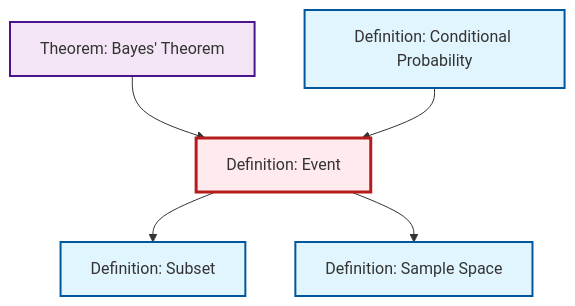
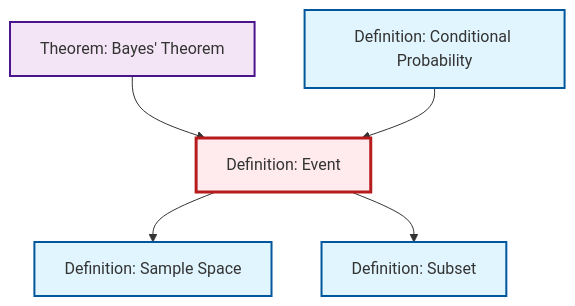
One commit to RK0429/ModernMath changed the diagram in content/en/probability-statistics/def-event.qmd. Above: the diagram before and after it, drawn with Mermaid. The commit also changed other lines of this file and 530 other files, not shown here.

````diff
--- a/content/en/probability-statistics/def-event.qmd
+++ b/content/en/probability-statistics/def-event.qmd
@@ -69,23 +69,23 @@
 ```{mermaid}
 %%| fig-cap: "Local dependency graph"
 graph TD
     classDef definition fill:#e1f5fe,stroke:#01579b,stroke-width:2px
     classDef theorem fill:#f3e5f5,stroke:#4a148c,stroke-width:2px
     classDef axiom fill:#fff3e0,stroke:#e65100,stroke-width:2px
     classDef example fill:#e8f5e9,stroke:#1b5e20,stroke-width:2px
     classDef current fill:#ffebee,stroke:#b71c1c,stroke-width:3px
-    def-event["Definition: Event"]:::definition
+    def-conditional-probability["Definition: Conditional Probability"]:::definition
+    thm-bayes["Theorem: Bayes' Theorem"]:::theorem
     def-sample-space["Definition: Sample Space"]:::definition
     def-subset["Definition: Subset"]:::definition
-    def-conditional-probability["Definition: Conditional Probability"]:::definition
-    thm-bayes["Theorem: Bayes' Theorem"]:::theorem
+    def-event["Definition: Event"]:::definition
     thm-bayes --> def-event
-    def-event --> def-subset
     def-event --> def-sample-space
     def-conditional-probability --> def-event
+    def-event --> def-subset
     class def-event current
+    click def-conditional-probability "def-conditional-probability.html" "Go to Conditional Probability definition"
+    click thm-bayes "thm-bayes.html" "Go to Bayes' Theorem theorem"
     click def-sample-space "def-sample-space.html" "Go to Sample Space definition"
     click def-subset "def-subset.html" "Go to Subset definition"
-    click def-conditional-probability "def-conditional-probability.html" "Go to Conditional Probability definition"
-    click thm-bayes "thm-bayes.html" "Go to Bayes' Theorem theorem"
 ```
````
